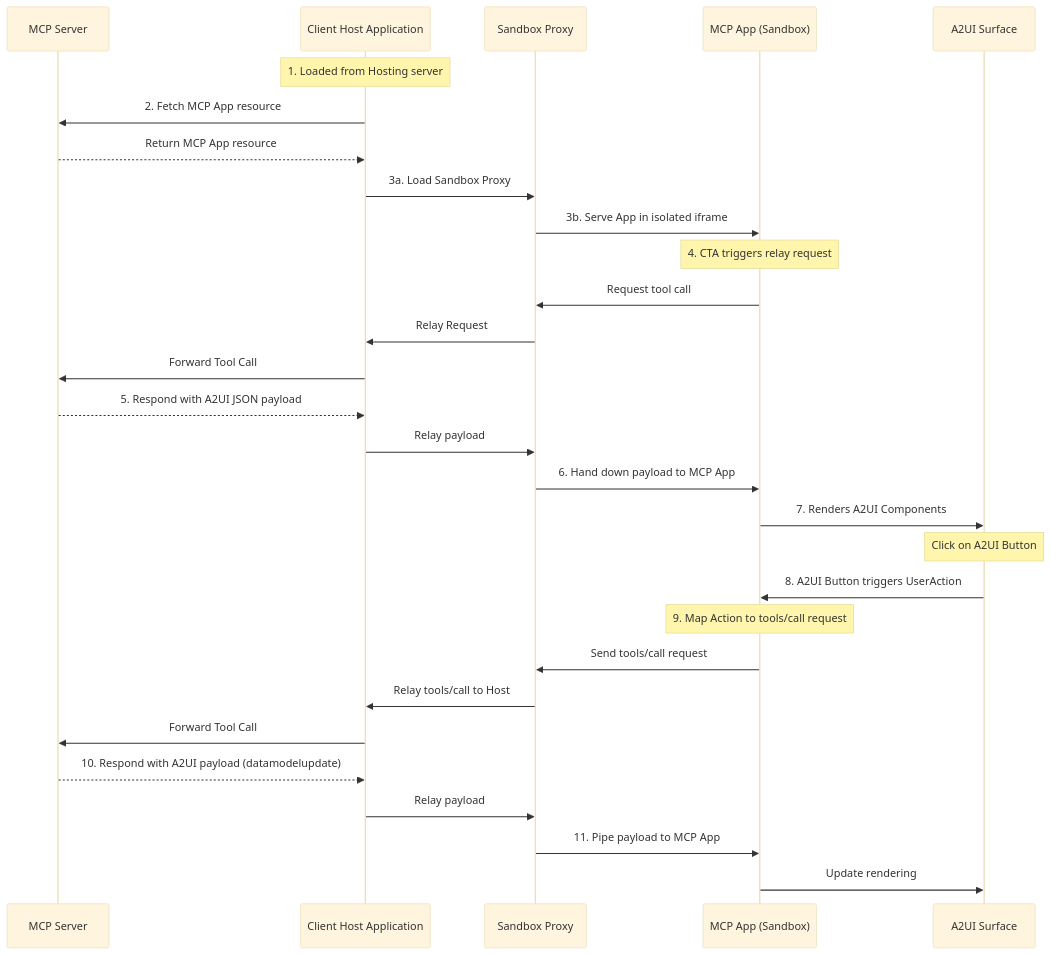
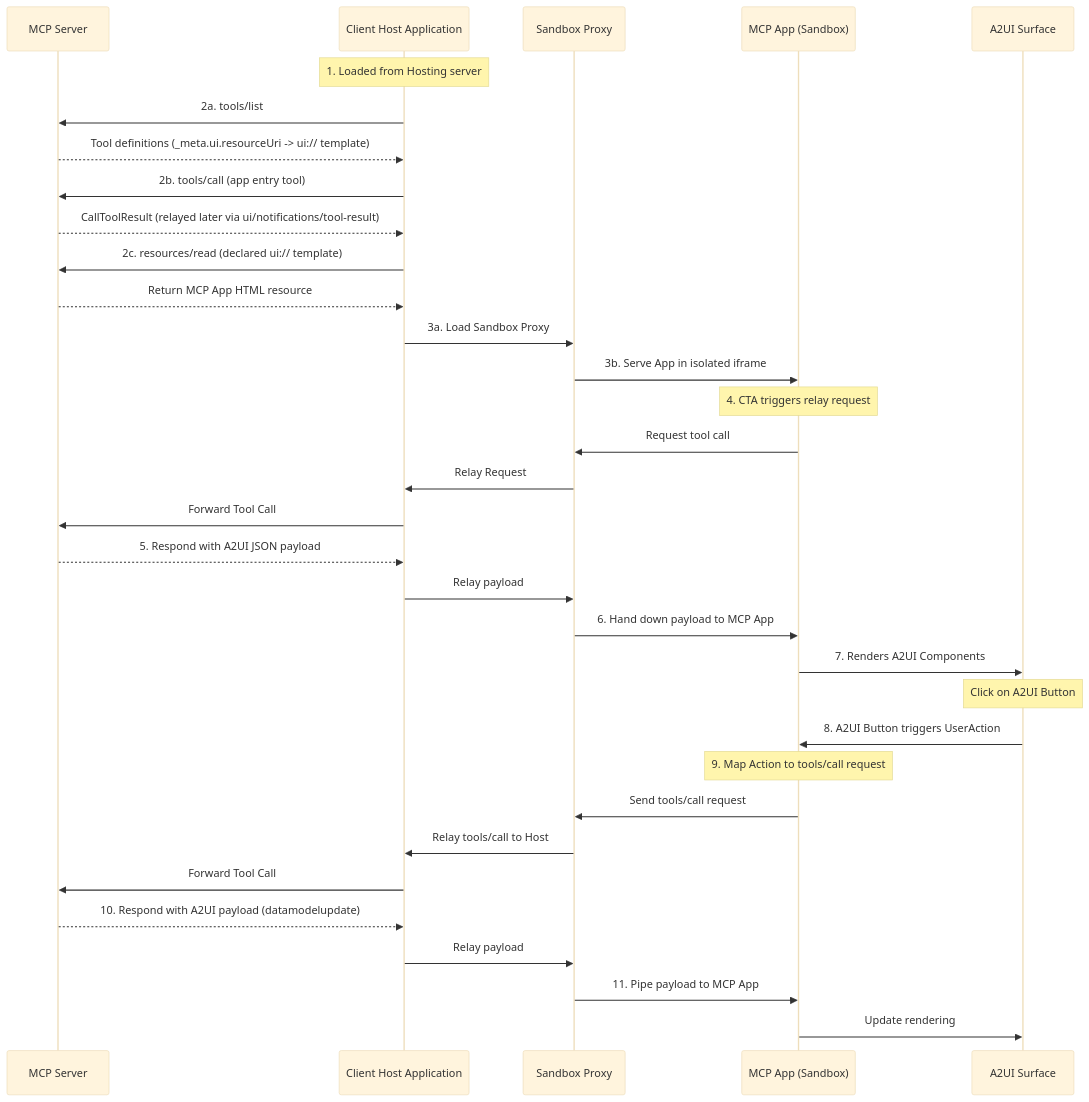
One commit to a2ui-project/a2ui changed the diagram in samples/community/mcp/a2ui-in-mcpapps/README.md. Above: the diagram before and after it, drawn with Mermaid (base theme). The commit also changed 3 other files, not shown here.

First line of the commit message:
fix(samples): declare MCP App UI templates via _meta.ui instead of embedded resources

````diff
--- a/samples/community/mcp/a2ui-in-mcpapps/README.md
+++ b/samples/community/mcp/a2ui-in-mcpapps/README.md
@@ -14,35 +14,39 @@
 ```mermaid
 sequenceDiagram
     participant Server as MCP Server
     participant Host as Client Host Application
     participant Proxy as Sandbox Proxy
     participant App as MCP App (Sandbox)
     participant A2UI as A2UI Surface
 
     Note over Host: 1. Loaded from Hosting server
-    Host->>Server: 2. Fetch MCP App resource
-    Server-->>Host: Return MCP App resource
+    Host->>Server: 2a. tools/list
+    Server-->>Host: Tool definitions (_meta.ui.resourceUri -> ui:// template)
+    Host->>Server: 2b. tools/call (app entry tool)
+    Server-->>Host: CallToolResult (relayed later via ui/notifications/tool-result)
+    Host->>Server: 2c. resources/read (declared ui:// template)
+    Server-->>Host: Return MCP App HTML resource
     Host->>Proxy: 3a. Load Sandbox Proxy
     Proxy->>App: 3b. Serve App in isolated iframe
 
     Note over App: 4. CTA triggers relay request
     App->>Proxy: Request tool call
     Proxy->>Host: Relay Request
     Host->>Server: Forward Tool Call
     Server-->>Host: 5. Respond with A2UI JSON payload
     Host->>Proxy: Relay payload
     Proxy->>App: 6. Hand down payload to MCP App
 
     App->>A2UI: 7. Renders A2UI Components
     Note over A2UI: Click on A2UI Button
 
     A2UI->>App: 8. A2UI Button triggers UserAction
     Note over App: 9. Map Action to tools/call request
     App->>Proxy: Send tools/call request
     Proxy->>Host: Relay tools/call to Host
     Host->>Server: Forward Tool Call
     Server-->>Host: 10. Respond with A2UI payload (datamodelupdate)
     Host->>Proxy: Relay payload
     Proxy->>App: 11. Pipe payload to MCP App
     App->>A2UI: Update rendering
 ```
````
